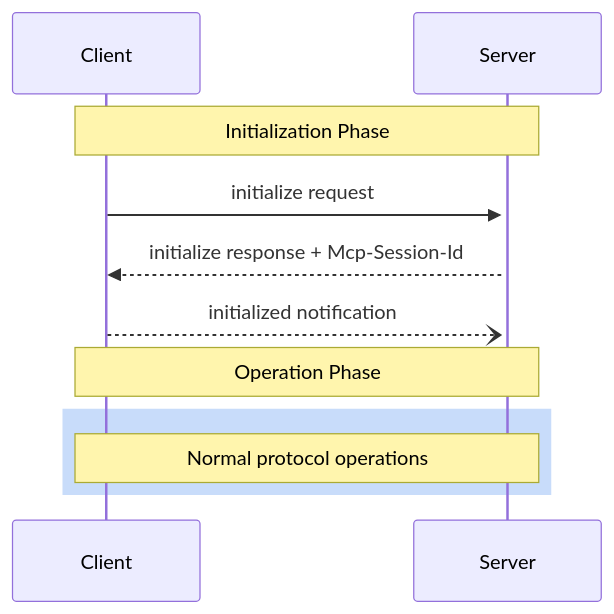
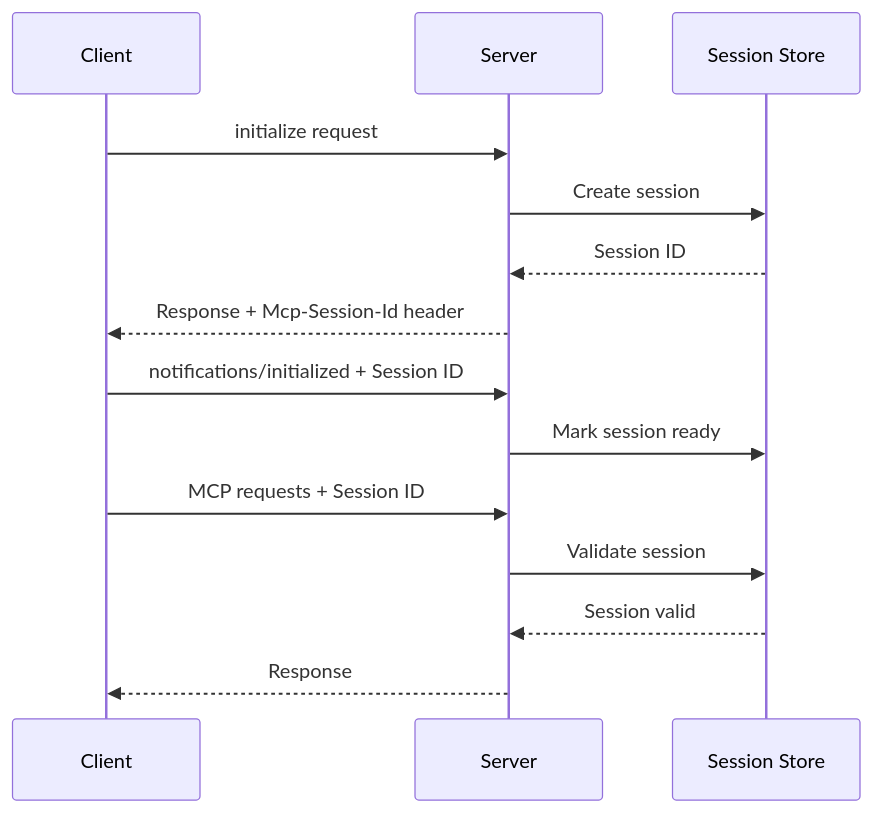
One commit to d7ventures/docs changed the diagram in api-reference/mcp-protocol/overview.mdx. Above: the diagram before and after it, drawn with Mermaid. The commit also changed other lines of this file and 4 other files, not shown here.

````diff
--- a/api-reference/mcp-protocol/overview.mdx
+++ b/api-reference/mcp-protocol/overview.mdx
@@ -83,15 +43,19 @@
 ```mermaid
 sequenceDiagram
     participant Client
     participant Server
+    participant Session Store
 
-    Note over Client,Server: Initialization Phase
-    Client->>+Server: initialize request
-    Server-->>Client: initialize response + Mcp-Session-Id
-    Client--)Server: initialized notification
+    Client->>Server: initialize request
+    Server->>Session Store: Create session
+    Session Store-->>Server: Session ID
+    Server-->>Client: Response + Mcp-Session-Id header
 
-    Note over Client,Server: Operation Phase
-    rect rgb(200, 220, 250)
-        note over Client,Server: Normal protocol operations
-    end
+    Client->>Server: notifications/initialized + Session ID
+    Server->>Session Store: Mark session ready
+
+    Client->>Server: MCP requests + Session ID
+    Server->>Session Store: Validate session
+    Session Store-->>Server: Session valid
+    Server-->>Client: Response
 ```
````
